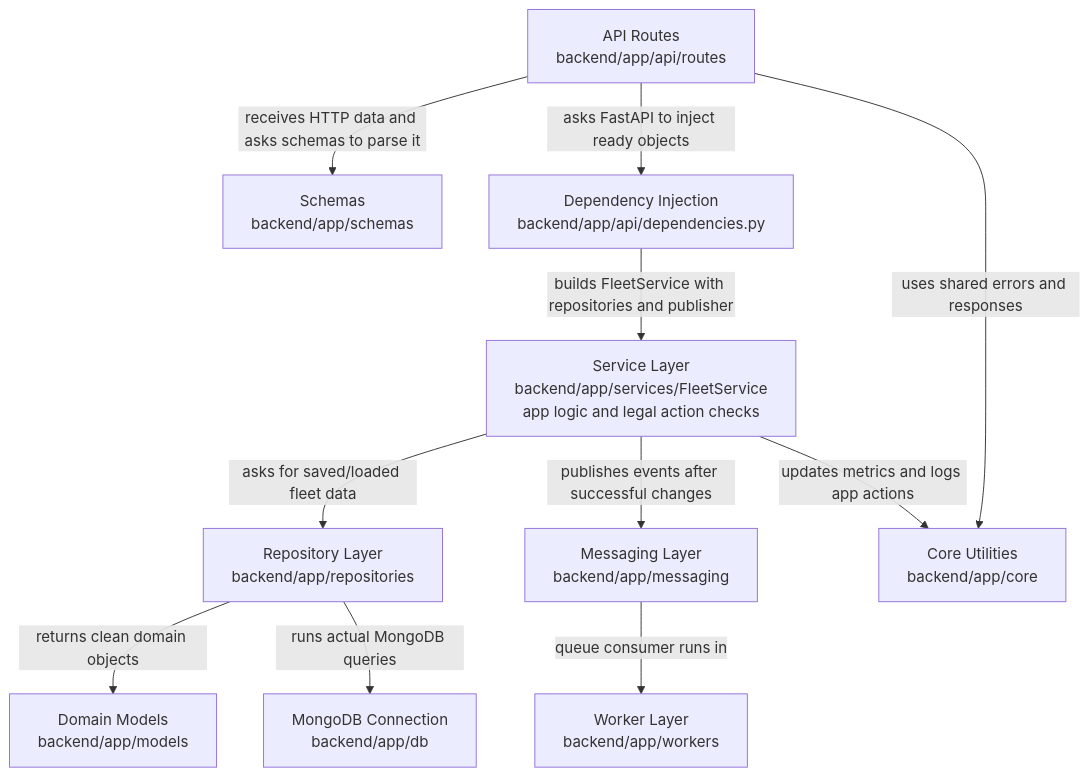
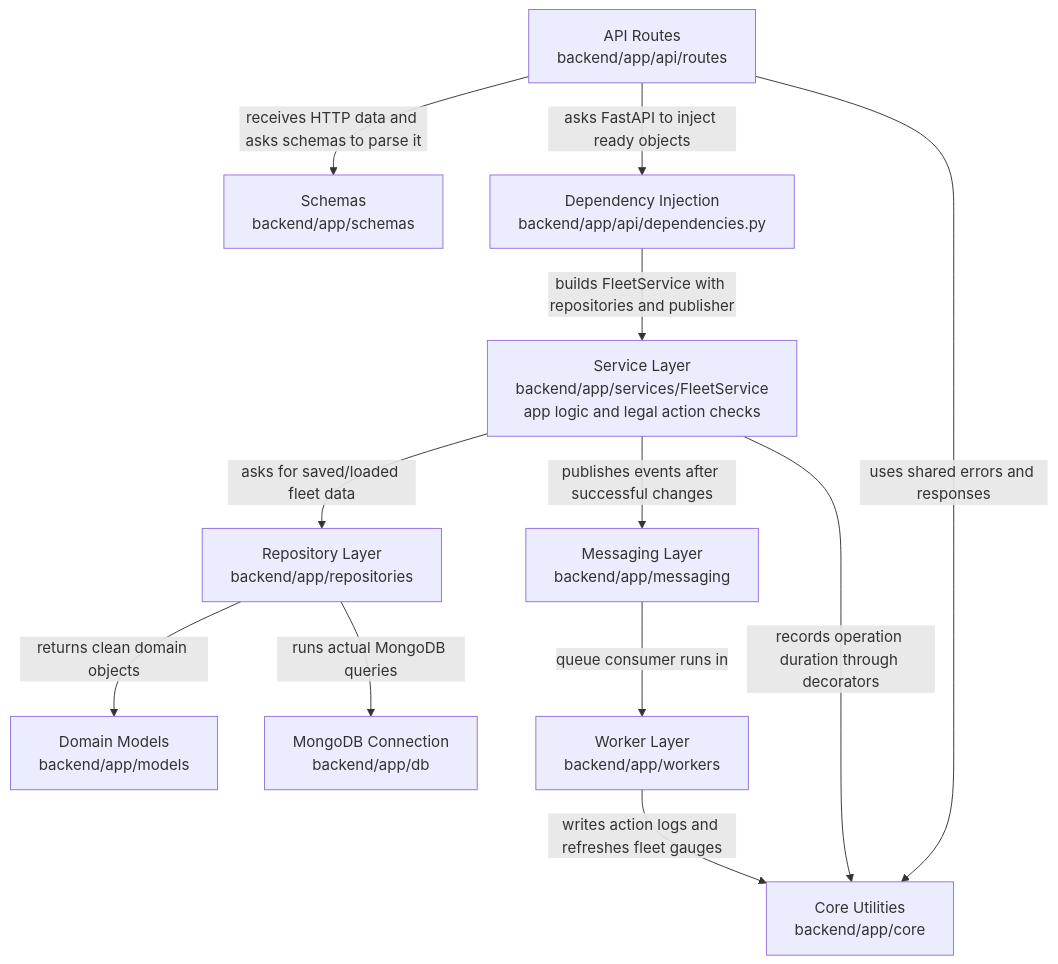
The second of 15 diagrams in README.md (YonatanMoshes/Rental), drawn with Mermaid before and after one commit. The commit also changed other lines of this file and 7 other files, not shown here.

````diff
--- a/README.md
+++ b/README.md
@@ -73,24 +73,25 @@
 ```mermaid
 flowchart TB
     Routes["API Routes<br/>backend/app/api/routes"]
     Schemas["Schemas<br/>backend/app/schemas"]
     Dependencies["Dependency Injection<br/>backend/app/api/dependencies.py"]
     Service["Service Layer<br/>backend/app/services/FleetService<br/>app logic and legal action checks"]
     Repositories["Repository Layer<br/>backend/app/repositories"]
     Models["Domain Models<br/>backend/app/models"]
     Database["MongoDB Connection<br/>backend/app/db"]
     Messaging["Messaging Layer<br/>backend/app/messaging"]
     Worker["Worker Layer<br/>backend/app/workers"]
     Core["Core Utilities<br/>backend/app/core"]
 
     Routes -->|"receives HTTP data and asks schemas to parse it"| Schemas
     Routes -->|"asks FastAPI to inject ready objects"| Dependencies
     Dependencies -->|"builds FleetService with repositories and publisher"| Service
     Service -->|"asks for saved/loaded fleet data"| Repositories
     Repositories -->|"returns clean domain objects"| Models
     Repositories -->|"runs actual MongoDB queries"| Database
     Service -->|"publishes events after successful changes"| Messaging
     Messaging -->|"queue consumer runs in"| Worker
     Routes -->|"uses shared errors and responses"| Core
-    Service -->|"updates metrics and logs app actions"| Core
+    Service -->|"records operation duration through decorators"| Core
+    Worker -->|"writes action logs and refreshes fleet gauges"| Core
 ```
````
